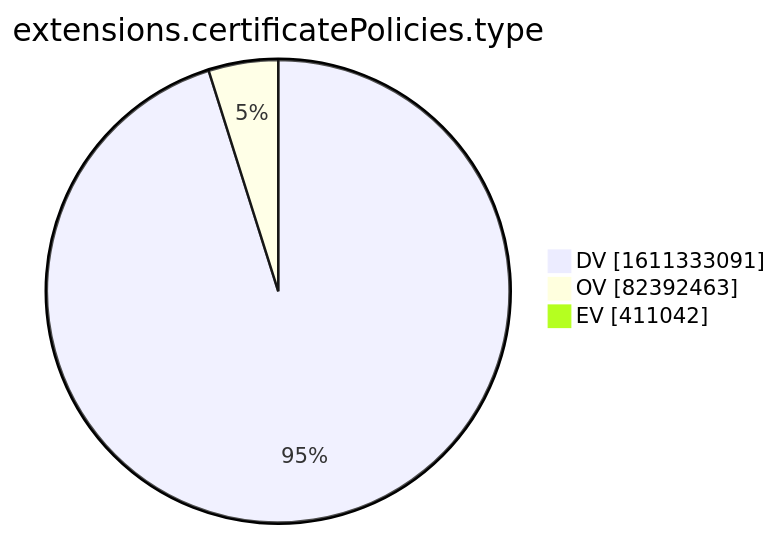
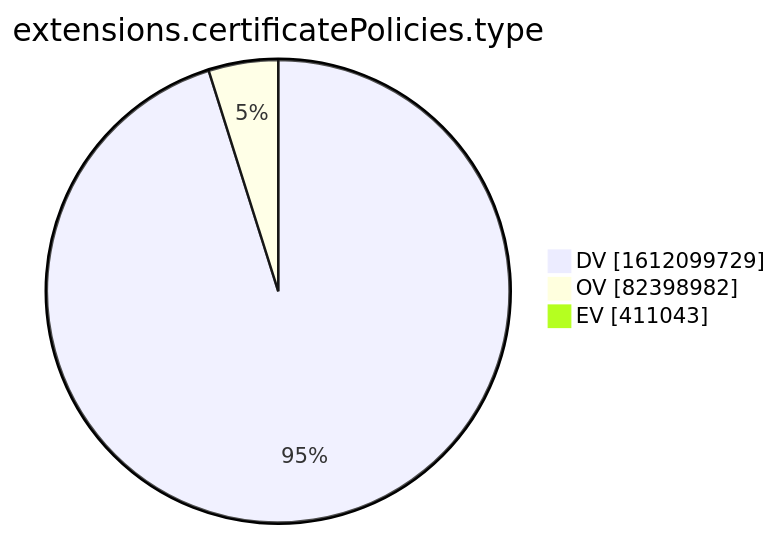
The tenth of 15 diagrams in xenon2022/README.md (christiankrug/ctmonitor_visualization), drawn with Mermaid before and after one commit. The commit also changed other lines of this file, not shown here.

````diff
--- a/xenon2022/README.md
+++ b/xenon2022/README.md
@@ -2878,7 +2878,7 @@
 ```mermaid
 pie showData
 title extensions.certificatePolicies.type
-"DV" :1611333091
-"OV" :82392463
-"EV" :411042
+"DV" :1612099729
+"OV" :82398982
+"EV" :411043
 ```
````
